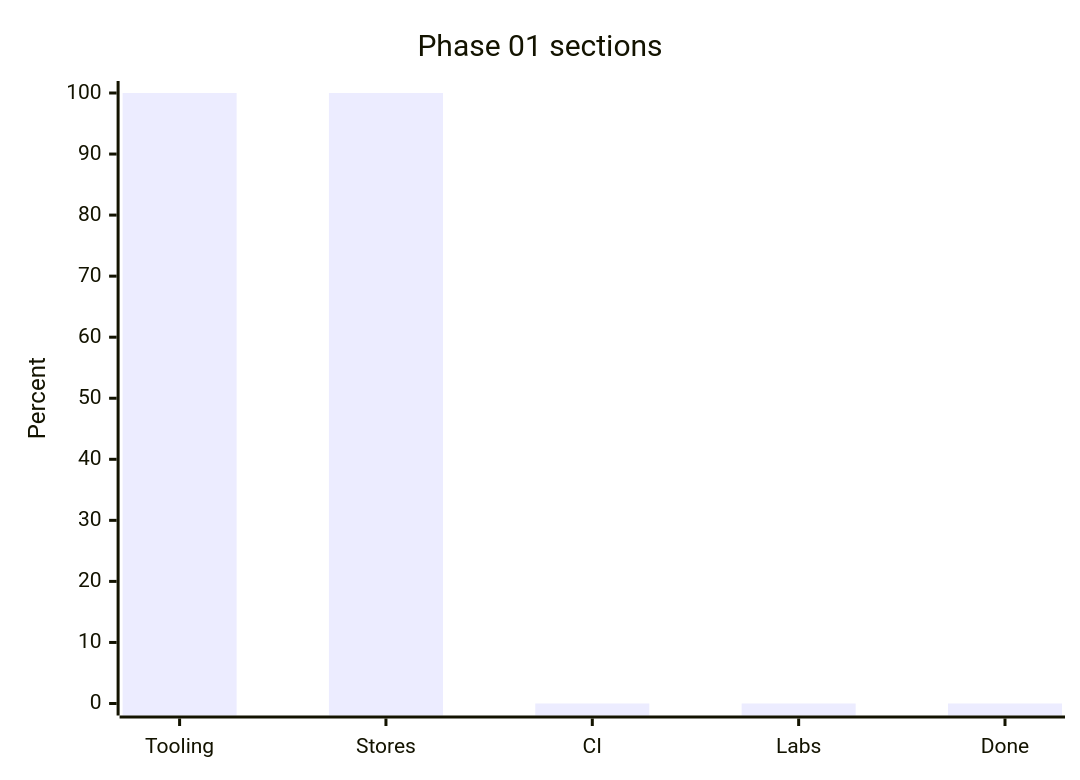
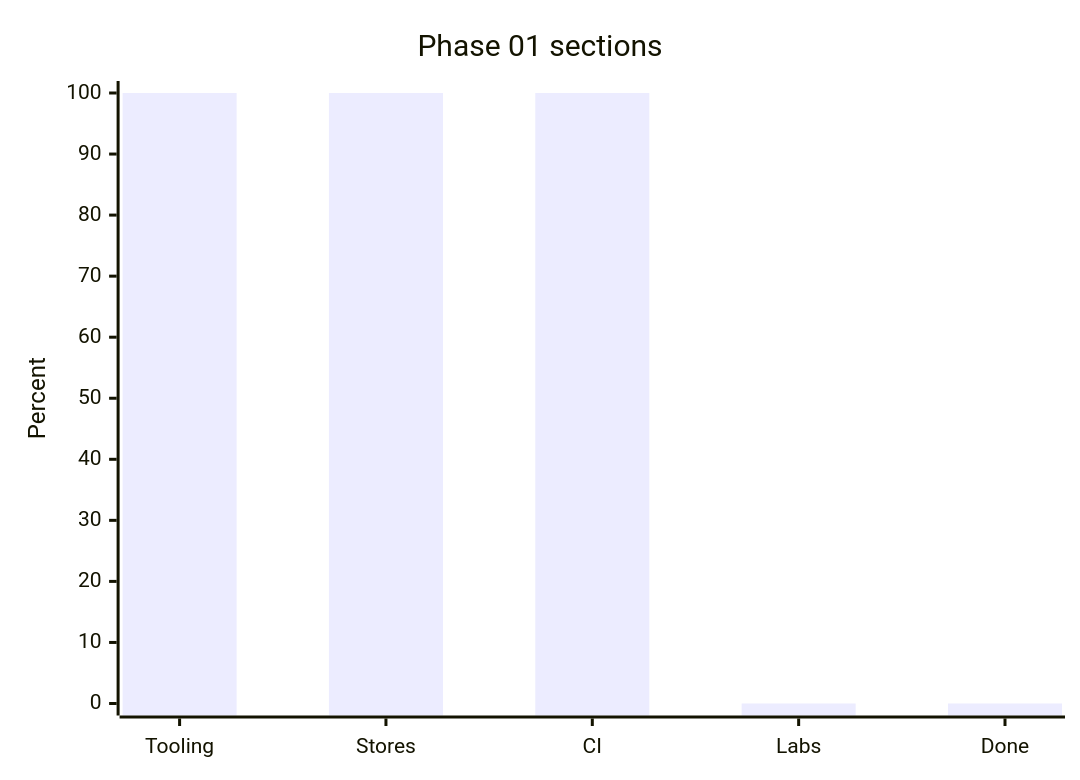
The third of 3 diagrams in learning_plan/PROGRESS.md (konradporeba/agents_learning), drawn with Mermaid before and after one commit. The commit also changed other lines of this file and 5 other files, not shown here.

````diff
--- a/learning_plan/PROGRESS.md
+++ b/learning_plan/PROGRESS.md
@@ -48,7 +48,7 @@
 ```mermaid
 xychart-beta
     title "Phase 01 sections"
     x-axis [Tooling, Stores, CI, Labs, Done]
     y-axis "Percent" 0 --> 100
-    bar [100, 100, 0, 0, 0]
+    bar [100, 100, 100, 0, 0]
 ```
````
